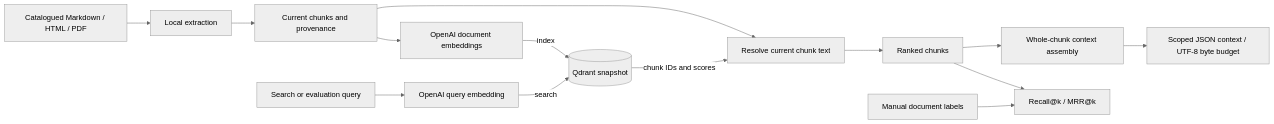
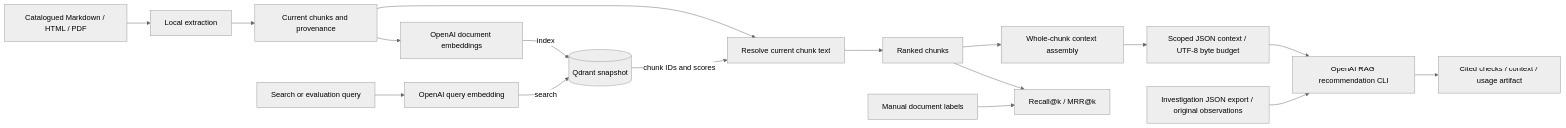
The diagram in README.md (woody-ai-dev/ai-incident-investigator), drawn with Mermaid (neutral theme) before and after one commit. The commit also changed other lines of this file and 7 other files, not shown here.

Commit message:
feat: generate cited knowledge recommendations from investigation exports (#35)

````diff
--- a/README.md
+++ b/README.md
@@ -157,16 +158,19 @@
 ```mermaid
 flowchart LR
     sources["Catalogued Markdown / HTML / PDF"] --> extract["Local extraction"]
     extract --> chunks["Current chunks and provenance"]
     chunks --> embed["OpenAI document embeddings"]
     embed -->|index| qdrant[(Qdrant snapshot)]
     query["Search or evaluation query"] --> query_embed["OpenAI query embedding"]
     query_embed -->|search| qdrant
     qdrant -->|chunk IDs and scores| resolve["Resolve current chunk text"]
     chunks --> resolve
     resolve --> results["Ranked chunks"]
     results --> metrics["Recall@k / MRR@k"]
     results --> assemble["Whole-chunk context assembly"]
     assemble --> context["Scoped JSON context / UTF-8 byte budget"]
+    context --> recommend["OpenAI RAG recommendation CLI"]
+    export["Investigation JSON export / original observations"] --> recommend
+    recommend --> artifact["Cited checks / context / usage artifact"]
     labels["Manual document labels"] --> metrics
 ```
````
